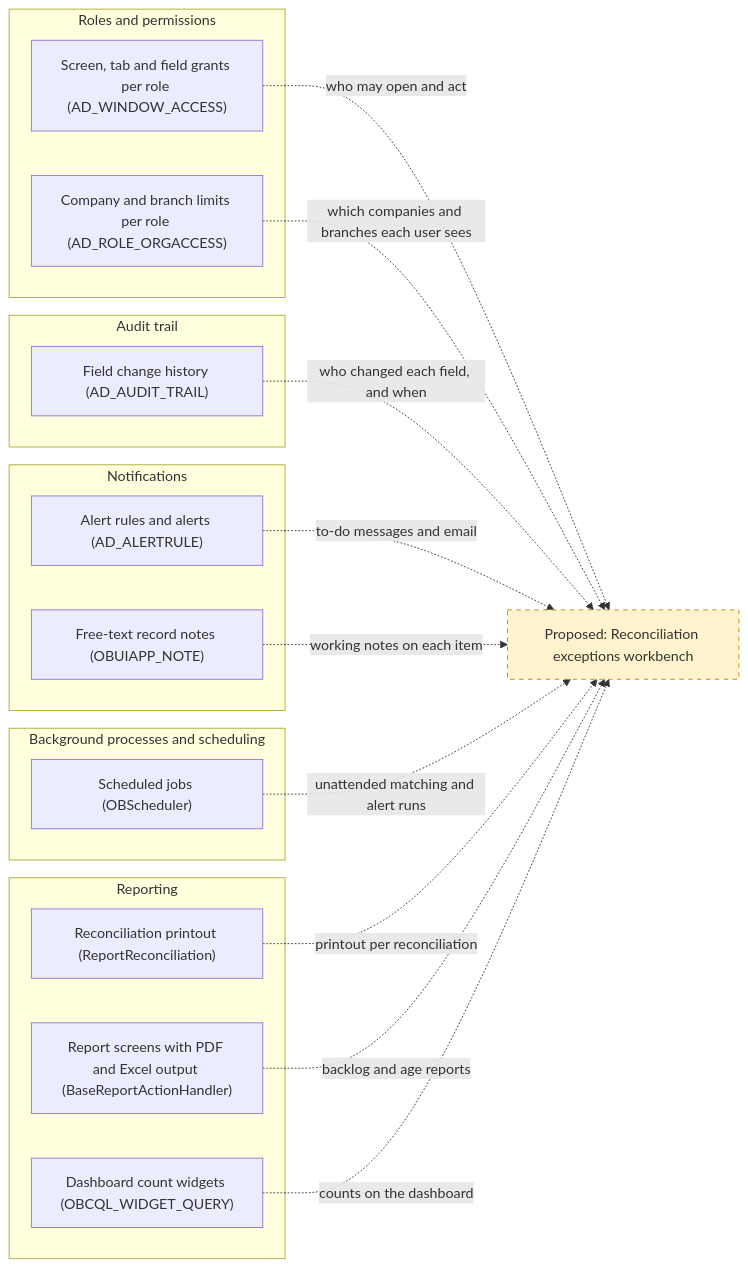
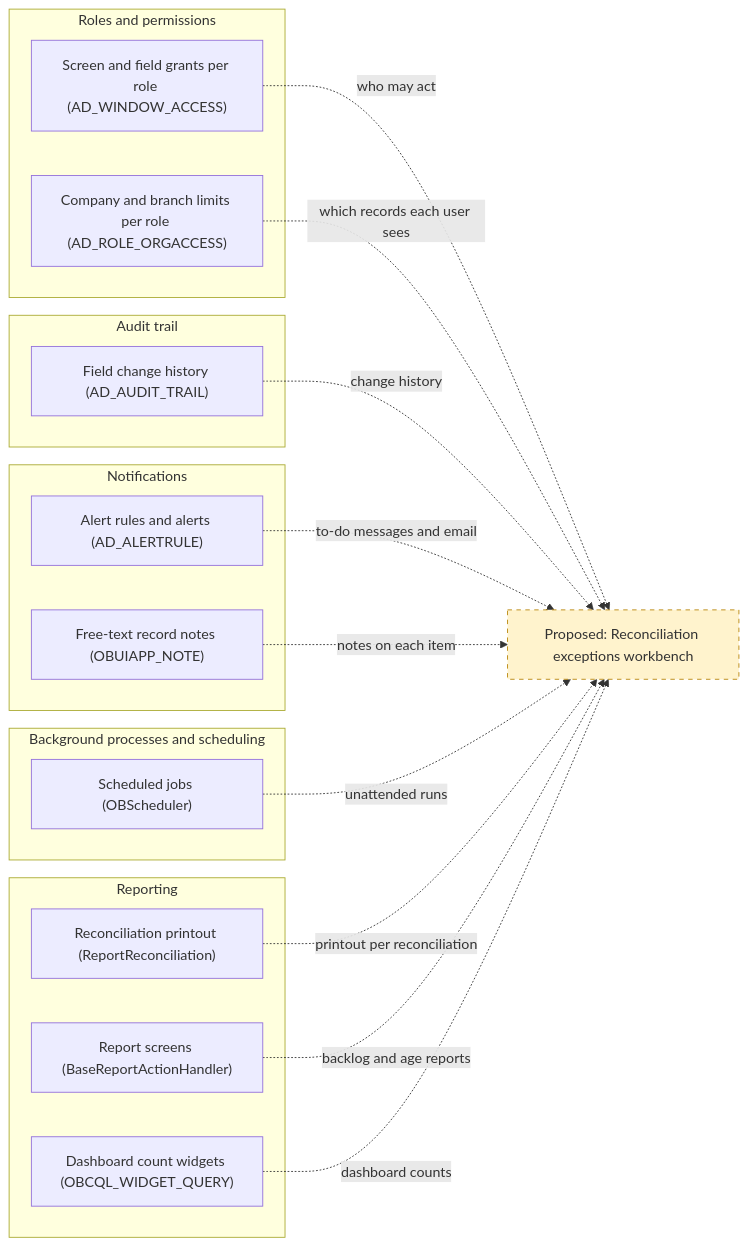
One commit to blitzy-public-samples/openbravo-erp changed the second of 5 diagrams in docs/analysis/analysis-2-extension-points-and-risks.md. Above: the diagram before and after it, drawn with Mermaid. The commit also changed other lines of this file and 1 other file, not shown here.

````diff
--- a/docs/analysis/analysis-2-extension-points-and-risks.md
+++ b/docs/analysis/analysis-2-extension-points-and-risks.md
@@ -166,34 +152,34 @@
 ```mermaid
 flowchart LR
   subgraph RP["Roles and permissions"]
-    R1["Screen, tab and field grants per role (AD_WINDOW_ACCESS)"]
+    R1["Screen and field grants per role (AD_WINDOW_ACCESS)"]
     R2["Company and branch limits per role (AD_ROLE_ORGACCESS)"]
   end
   subgraph AT["Audit trail"]
     A1["Field change history (AD_AUDIT_TRAIL)"]
   end
   subgraph NT["Notifications"]
     N1["Alert rules and alerts (AD_ALERTRULE)"]
     N2["Free-text record notes (OBUIAPP_NOTE)"]
   end
   subgraph BS["Background processes and scheduling"]
     S1["Scheduled jobs (OBScheduler)"]
   end
   subgraph RE["Reporting"]
     P1["Reconciliation printout (ReportReconciliation)"]
-    P2["Report screens with PDF and Excel output (BaseReportActionHandler)"]
+    P2["Report screens (BaseReportActionHandler)"]
     P3["Dashboard count widgets (OBCQL_WIDGET_QUERY)"]
   end
   WB["Proposed: Reconciliation exceptions workbench"]
-  R1 -.->|"who may open and act"| WB
-  R2 -.->|"which companies and branches each user sees"| WB
-  A1 -.->|"who changed each field, and when"| WB
+  R1 -.->|"who may act"| WB
+  R2 -.->|"which records each user sees"| WB
+  A1 -.->|"change history"| WB
   N1 -.->|"to-do messages and email"| WB
-  N2 -.->|"working notes on each item"| WB
-  S1 -.->|"unattended matching and alert runs"| WB
+  N2 -.->|"notes on each item"| WB
+  S1 -.->|"unattended runs"| WB
   P1 -.->|"printout per reconciliation"| WB
   P2 -.->|"backlog and age reports"| WB
-  P3 -.->|"counts on the dashboard"| WB
+  P3 -.->|"dashboard counts"| WB
   classDef proposed stroke-dasharray: 5 5,fill:#fff3cd,stroke:#b8860b
   class WB proposed
 ```
````
